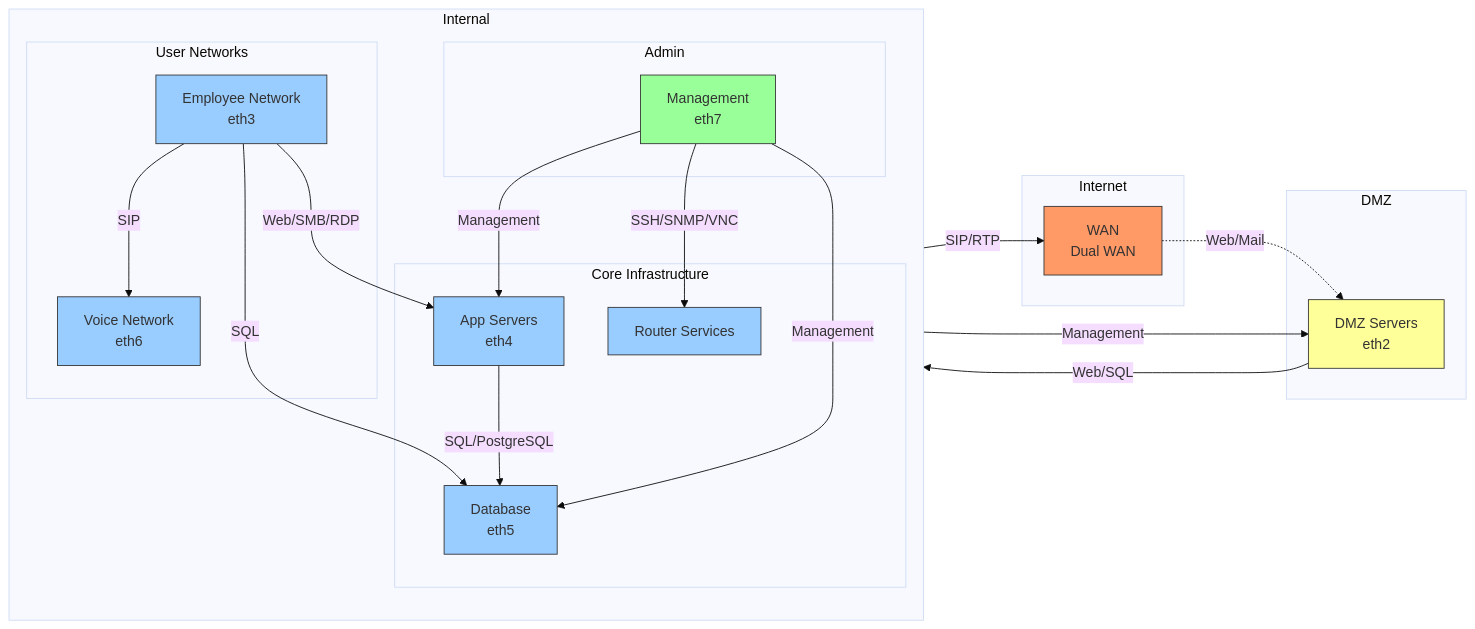
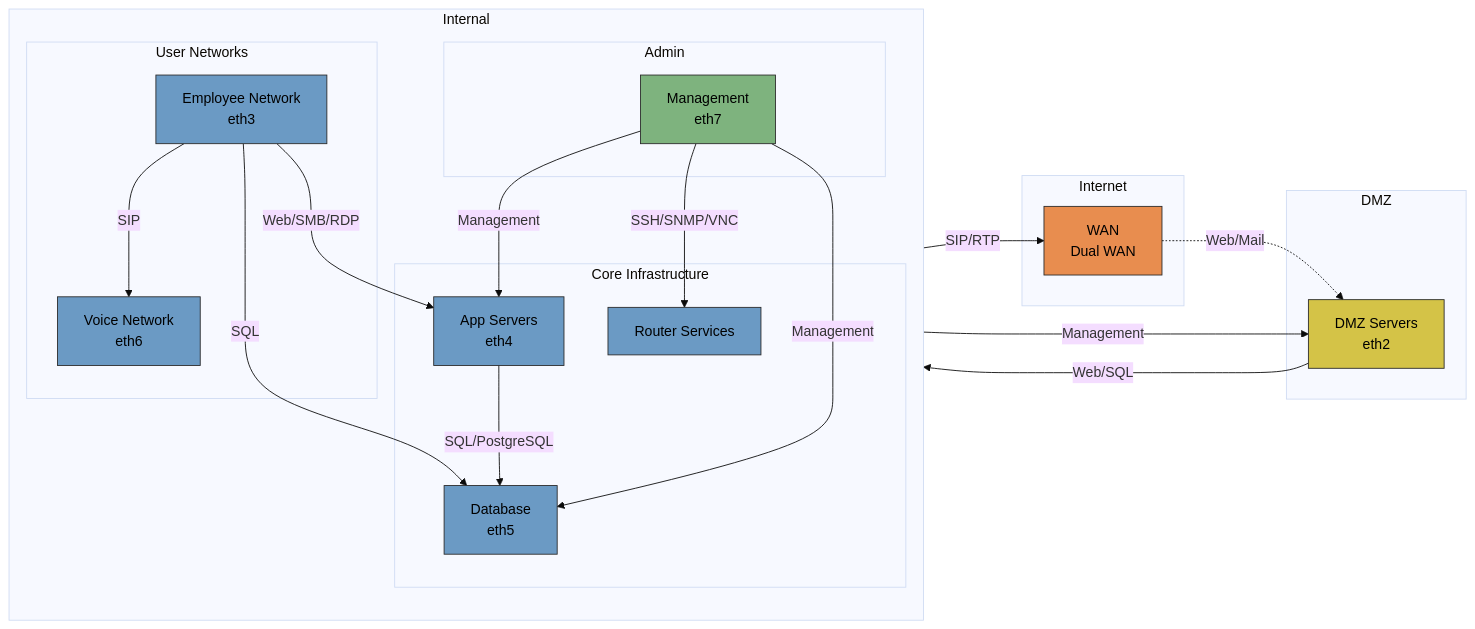
One commit to uppaljs/vyos-zbfw changed the third of 3 diagrams in examples/README.md. Above: the diagram before and after it, drawn with Mermaid (base theme). The commit also changed other lines of this file, not shown here.

````diff
--- a/examples/README.md
+++ b/examples/README.md
@@ -132,49 +132,49 @@
 ```mermaid
 flowchart LR
     subgraph Internet
         WAN[WAN\nDual WAN]
     end
     
     subgraph DMZ
         DMZS[DMZ Servers\neth2]
     end
     
     subgraph Internal
         direction TB
         subgraph Core Infrastructure
             LOCAL[Router Services]
             SERVERS[App Servers\neth4]
             DB[Database\neth5]
         end
         
         subgraph User Networks
             INTERNAL[Employee Network\neth3]
             VOIP[Voice Network\neth6]
         end
         
         subgraph Admin
             MGMT[Management\neth7]
         end
     end
 
     WAN -.->|Web/Mail| DMZS
     DMZS -->|Web/SQL| SERVERS
     INTERNAL -->|Web/SMB/RDP| SERVERS
     INTERNAL -->|SQL| DB
     INTERNAL -->|SIP| VOIP
     SERVERS -->|SQL/PostgreSQL| DB
     VOIP -->|SIP/RTP| WAN
     MGMT -->|SSH/SNMP/VNC| LOCAL
     MGMT -->|Management| DMZS
     MGMT -->|Management| SERVERS
     MGMT -->|Management| DB
 
-    classDef internet fill:#f96,stroke:#333
-    classDef dmz fill:#ff9,stroke:#333
-    classDef internal fill:#9cf,stroke:#333
-    classDef admin fill:#9f9,stroke:#333
+    classDef internet fill:#e88d4f,stroke:#2a2a2a,color:#000
+    classDef dmz fill:#d4c347,stroke:#2a2a2a,color:#000
+    classDef internal fill:#6b9ac4,stroke:#2a2a2a,color:#000
+    classDef admin fill:#7eb37e,stroke:#2a2a2a,color:#000
     class WAN internet
     class DMZS dmz
     class LOCAL,SERVERS,DB,INTERNAL,VOIP internal
     class MGMT admin
 ```
````
